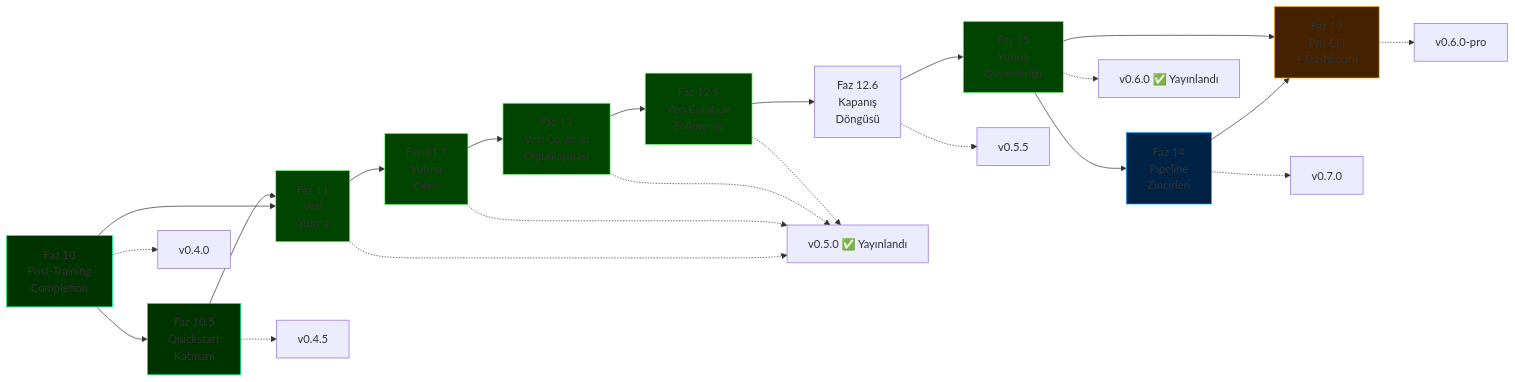
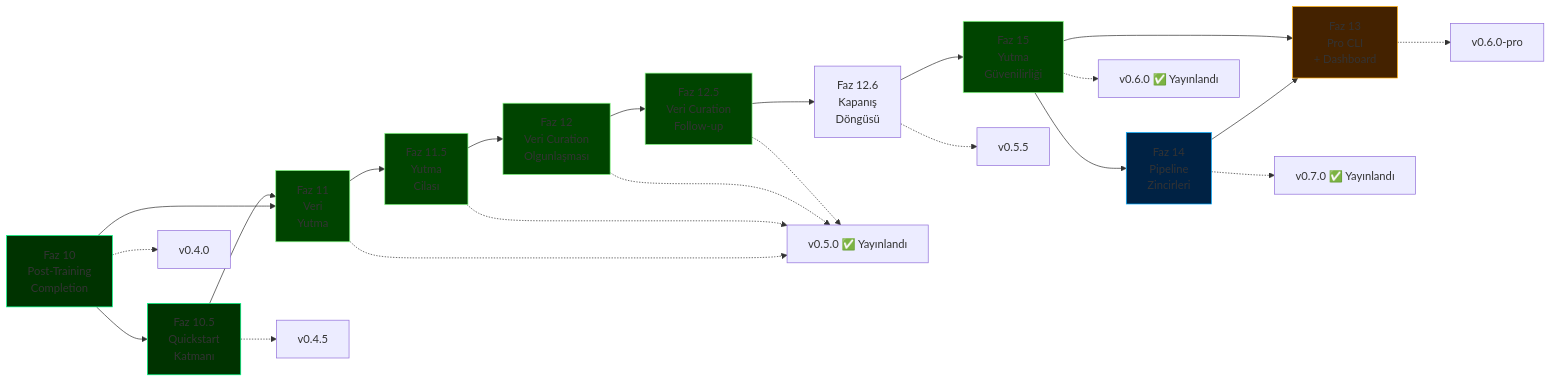
The diagram in docs/roadmap-tr.md (cemililik/ForgeLM), drawn with Mermaid before and after one commit. The commit also changed other lines of this file and 3 other files, not shown here.

````diff
--- a/docs/roadmap-tr.md
+++ b/docs/roadmap-tr.md
@@ -43,35 +45,35 @@
 ```mermaid
 graph LR
     P10[Faz 10<br/>Post-Training<br/>Completion] --> P105[Faz 10.5<br/>Quickstart<br/>Katmanı]
     P10 --> P11[Faz 11<br/>Veri<br/>Yutma]
     P105 --> P11
     P11 --> P115[Faz 11.5<br/>Yutma<br/>Cilası]
     P115 --> P12[Faz 12<br/>Veri Curation<br/>Olgunlaşması]
     P12 --> P125[Faz 12.5<br/>Veri Curation<br/>Follow-up]
     P125 --> P126[Faz 12.6<br/>Kapanış<br/>Döngüsü]
     P126 --> P15[Faz 15<br/>Yutma<br/>Güvenilirliği]
     P15 --> P14[Faz 14<br/>Pipeline<br/>Zincirleri]
     P14 --> P13[Faz 13<br/>Pro CLI<br/>+ Dashboard]
     P15 --> P13
 
     P10 -.-> V1[v0.4.0]
     P105 -.-> V15[v0.4.5]
     P11 -.-> V2[v0.5.0 ✅ Yayınlandı]
     P115 -.-> V2
     P12 -.-> V2
     P125 -.-> V2
     P126 -.-> V25[v0.5.5]
     P15 -.-> V23[v0.6.0 ✅ Yayınlandı]
-    P14 -.-> V27[v0.7.0]
+    P14 -.-> V27[v0.7.0 ✅ Yayınlandı]
     P13 -.-> V3[v0.6.0-pro]
 
     style P10 fill:#003300,stroke:#00ff88
     style P105 fill:#003300,stroke:#00ff88
     style P11 fill:#004400,stroke:#88ff88
     style P115 fill:#004400,stroke:#88ff88
     style P12 fill:#004400,stroke:#88ff88
     style P125 fill:#004400,stroke:#88ff88
     style P15 fill:#004400,stroke:#88ff88
     style P14 fill:#002244,stroke:#00aaff
     style P13 fill:#442200,stroke:#ffaa00
 ```
````
